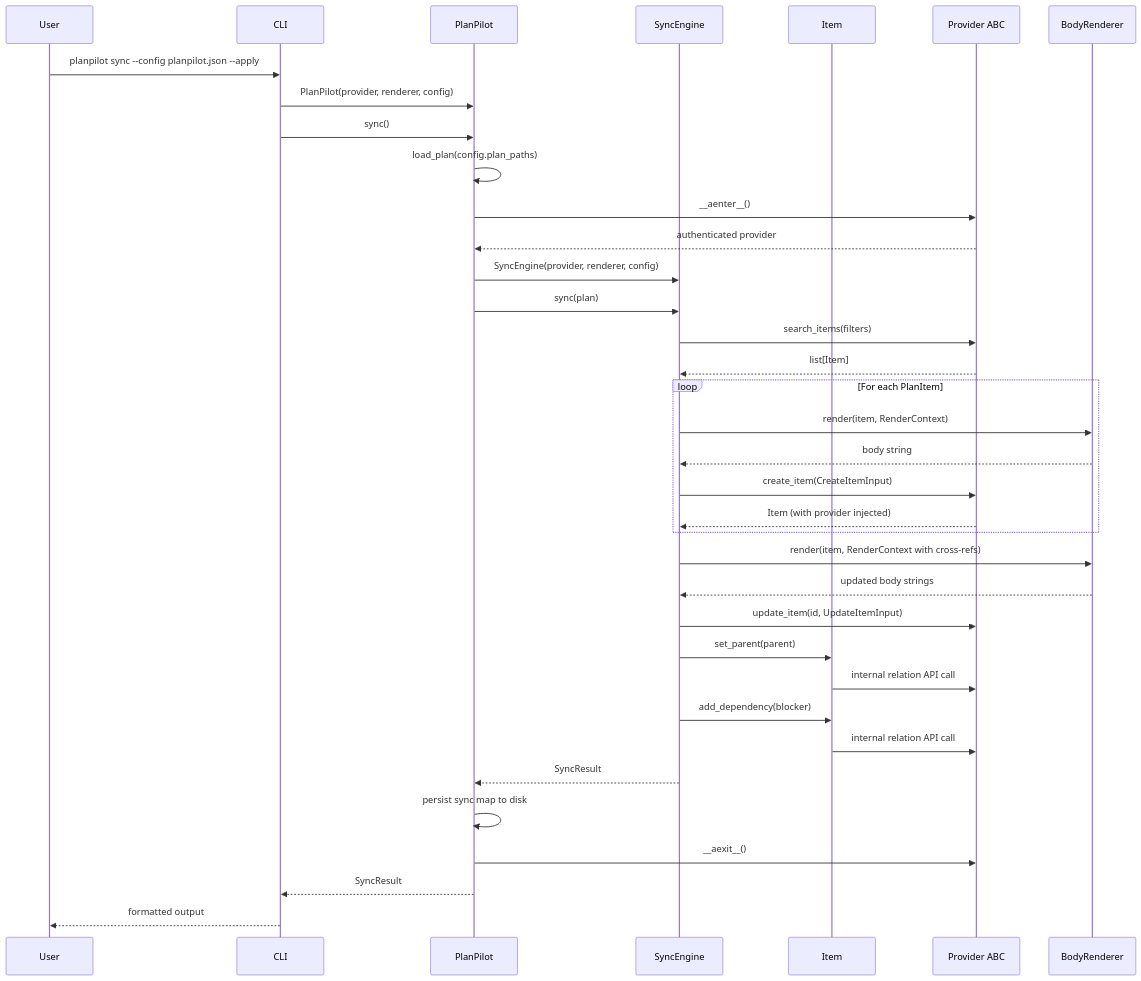
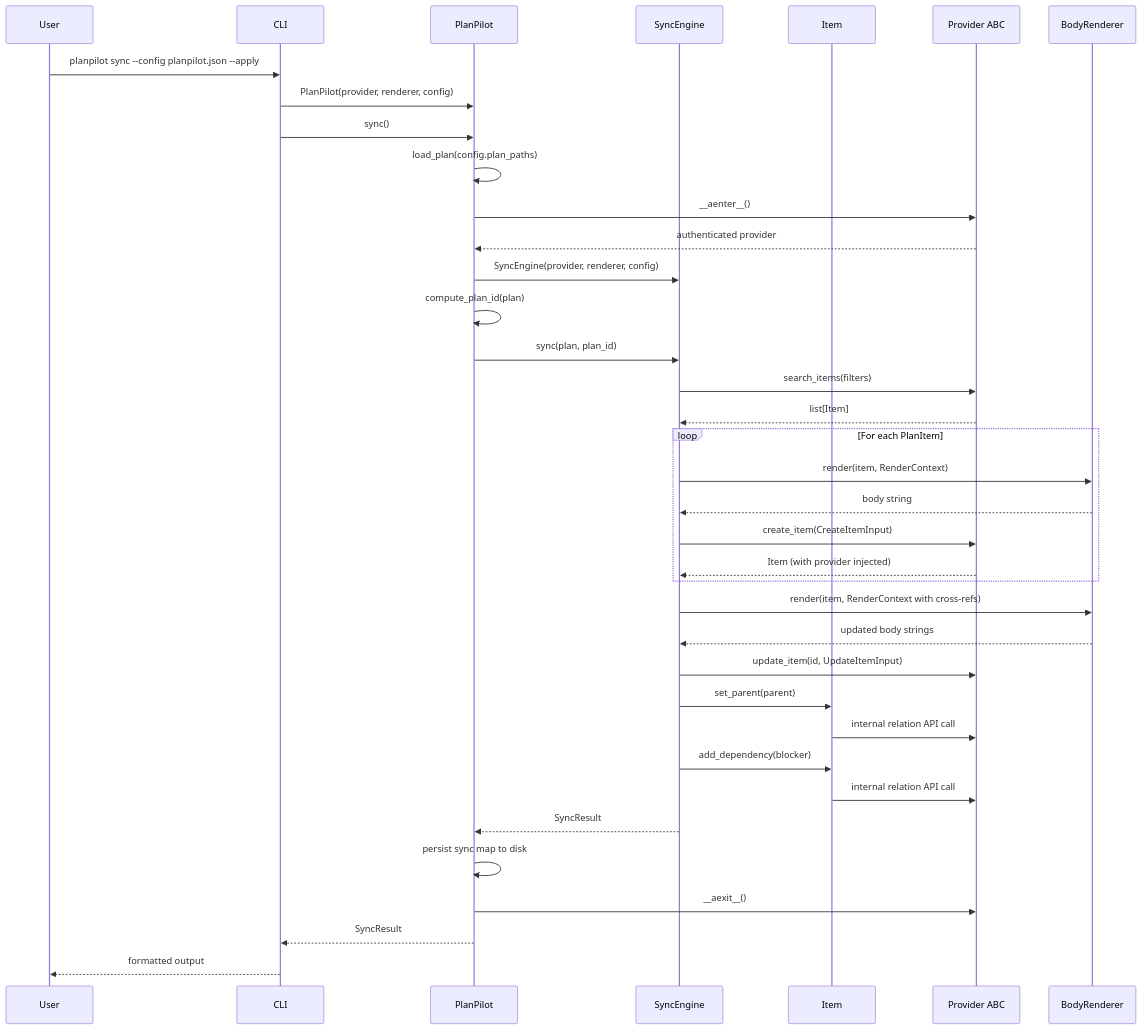
One commit to aryeko/planpilot changed the third of 3 diagrams in docs/v2/architecture.md. Above: the diagram before and after it, drawn with Mermaid. The commit also changed other lines of this file and 4 other files, not shown here.

````diff
--- a/docs/v2/architecture.md
+++ b/docs/v2/architecture.md
@@ -438,45 +432,46 @@
 ```mermaid
 sequenceDiagram
     participant User
     participant CLI
     participant SDK as PlanPilot
     participant Engine as SyncEngine
     participant Item as Item
     participant Provider as Provider ABC
     participant Renderer as BodyRenderer
 
     User->>CLI: planpilot sync --config planpilot.json --apply
     CLI->>SDK: PlanPilot(provider, renderer, config)
     CLI->>SDK: sync()
     SDK->>SDK: load_plan(config.plan_paths)
     SDK->>Provider: __aenter__()
     Provider-->>SDK: authenticated provider
 
     SDK->>Engine: SyncEngine(provider, renderer, config)
-    SDK->>Engine: sync(plan)
+    SDK->>SDK: compute_plan_id(plan)
+    SDK->>Engine: sync(plan, plan_id)
 
     Engine->>Provider: search_items(filters)
     Provider-->>Engine: list[Item]
 
     loop For each PlanItem
         Engine->>Renderer: render(item, RenderContext)
         Renderer-->>Engine: body string
         Engine->>Provider: create_item(CreateItemInput)
         Provider-->>Engine: Item (with provider injected)
     end
 
     Engine->>Renderer: render(item, RenderContext with cross-refs)
     Renderer-->>Engine: updated body strings
     Engine->>Provider: update_item(id, UpdateItemInput)
 
     Engine->>Item: set_parent(parent)
     Item->>Provider: internal relation API call
     Engine->>Item: add_dependency(blocker)
     Item->>Provider: internal relation API call
 
     Engine-->>SDK: SyncResult
     SDK->>SDK: persist sync map to disk
     SDK->>Provider: __aexit__()
     SDK-->>CLI: SyncResult
     CLI-->>User: formatted output
 ```
````
